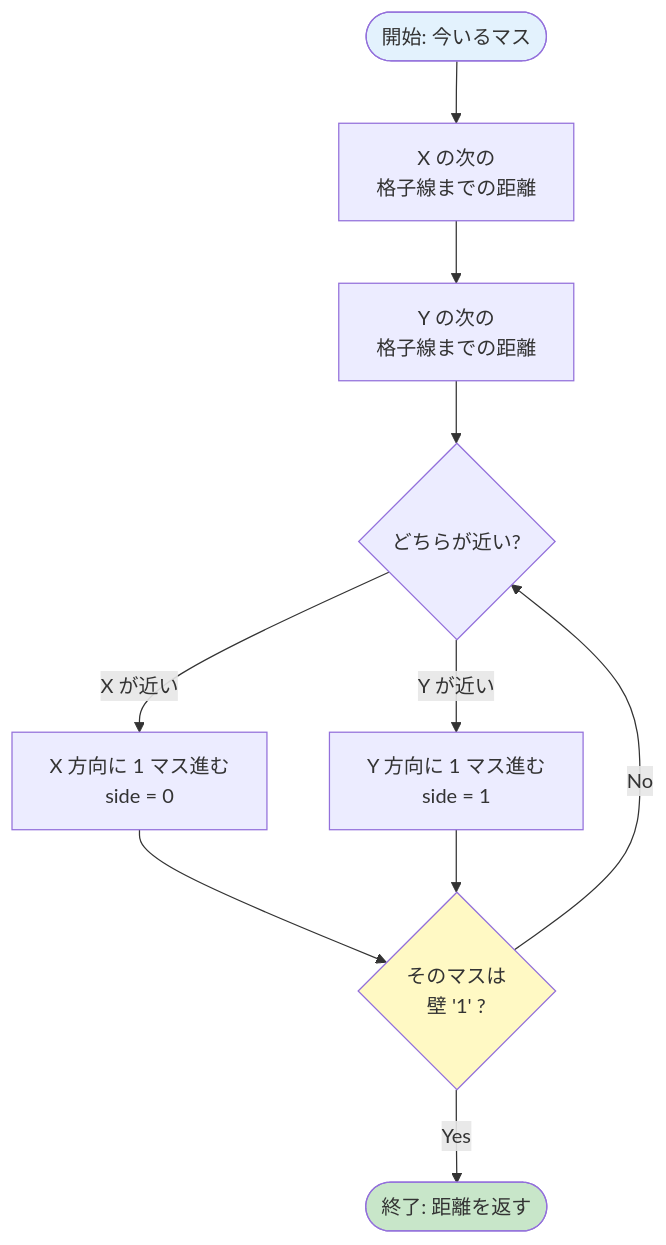
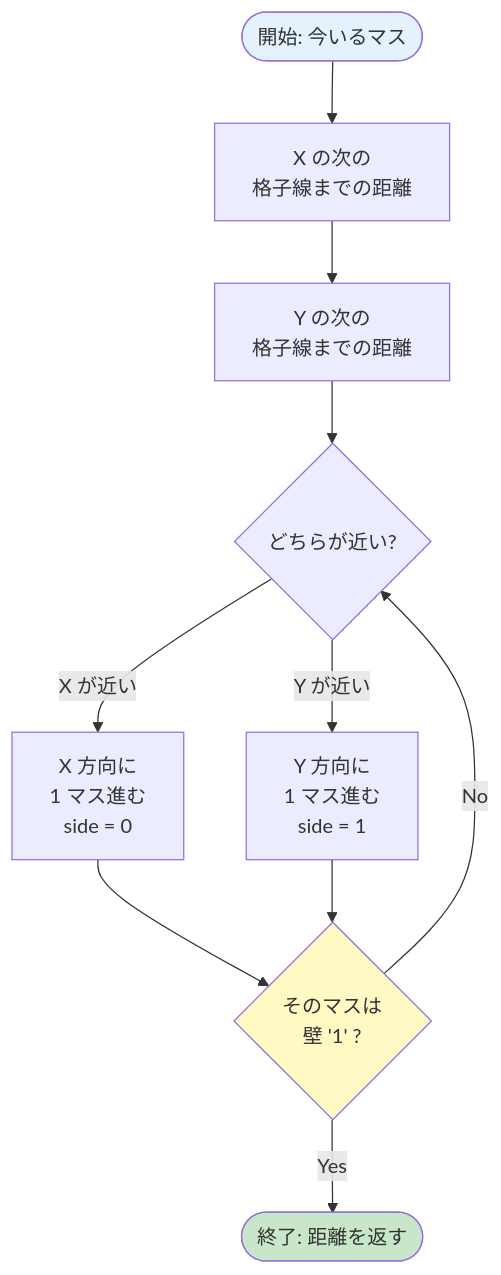
One commit to Tsunanko/cub3d-guide changed the third of 4 diagrams in docs/04-dda.md. Above: the diagram before and after it, drawn with Mermaid. The commit also changed other lines of this file and 5 other files, not shown here.

````diff
--- a/docs/04-dda.md
+++ b/docs/04-dda.md
@@ -56,16 +63,16 @@
 ```mermaid
 flowchart TD
     Start([開始: 今いるマス]) --> CalcX[X の次の<br>格子線までの距離]
     CalcX --> CalcY[Y の次の<br>格子線までの距離]
     CalcY --> Compare{どちらが近い?}
-    Compare -- X が近い --> StepX[X 方向に 1 マス進む<br>side = 0]
-    Compare -- Y が近い --> StepY[Y 方向に 1 マス進む<br>side = 1]
+    Compare -- X が近い --> StepX[X 方向に<br>1 マス進む<br>side = 0]
+    Compare -- Y が近い --> StepY[Y 方向に<br>1 マス進む<br>side = 1]
     StepX --> Check{そのマスは<br>壁 '1' ?}
     StepY --> Check
     Check -- Yes --> End([終了: 距離を返す])
     Check -- No --> Compare
 
     style Start fill:#E3F2FD
     style End fill:#C8E6C9
     style Check fill:#FFF9C4
 ```
````
